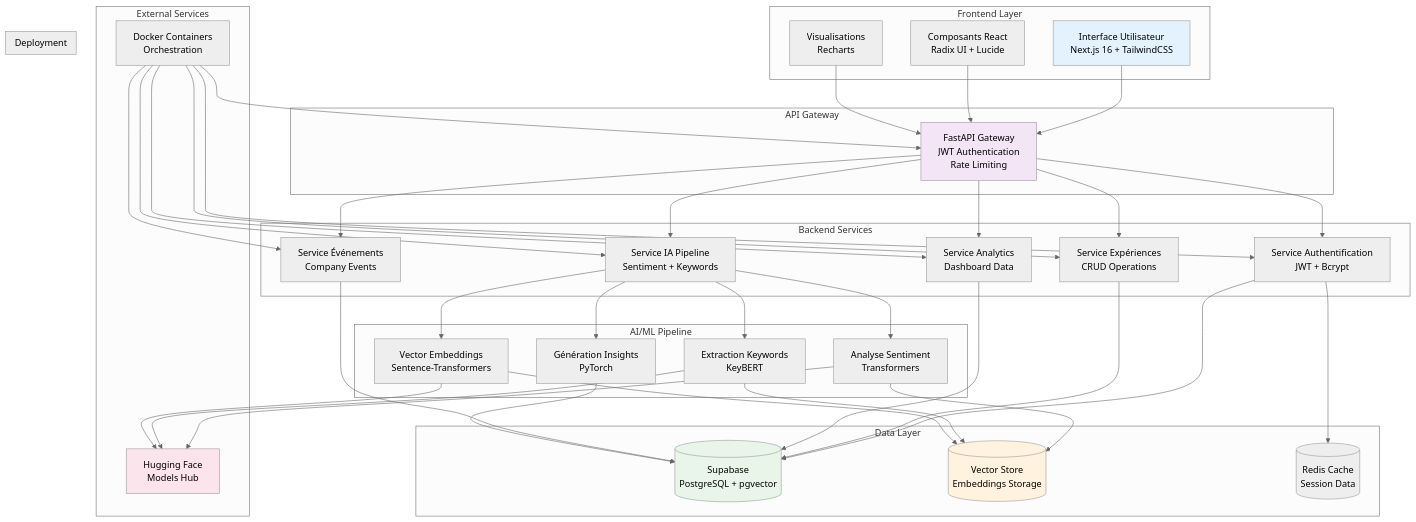
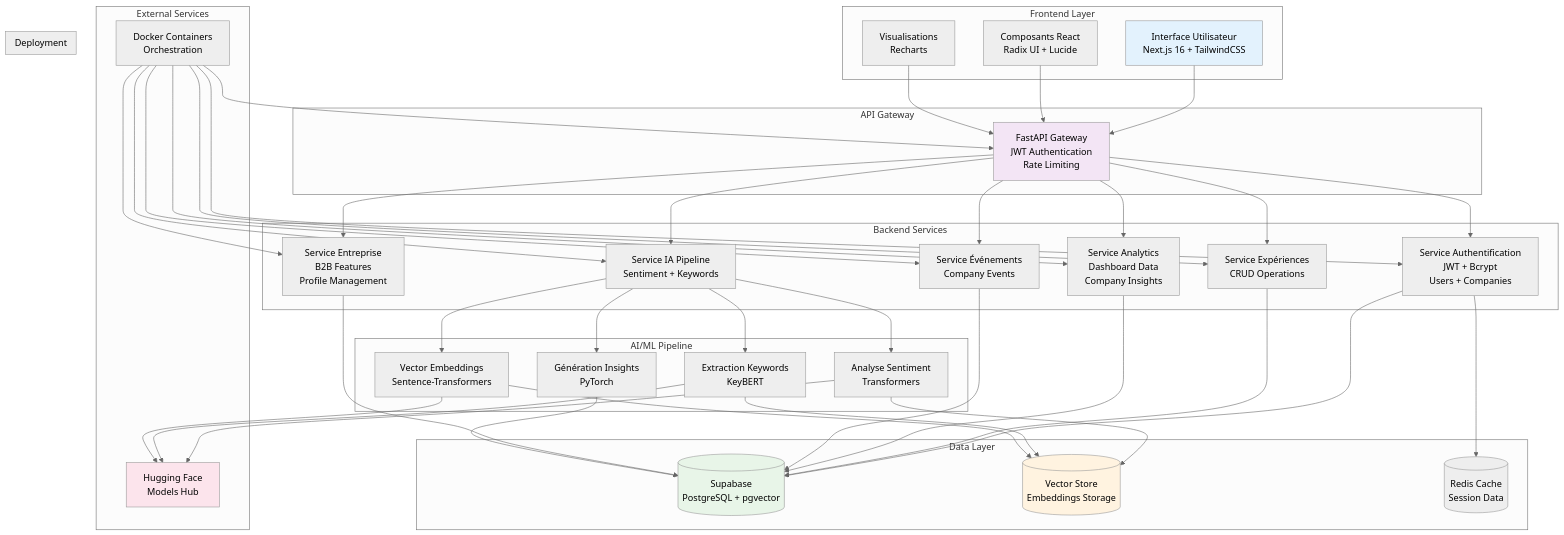
One commit to chaymaa-123/ProStory-AI changed the sixth of 7 diagrams in diagrammes.md. Above: the diagram before and after it, drawn with Mermaid (neutral theme). The commit also changed 1 other file, not shown here.

```diff
--- a/diagrammes.md
+++ b/diagrammes.md
@@ -395,11 +395,12 @@
     end
     
     subgraph "Backend Services"
-        AuthSvc[Service Authentification<br/>JWT + Bcrypt]
+        AuthSvc[Service Authentification<br/>JWT + Bcrypt<br/>Users + Companies]
         ExpSvc[Service Expériences<br/>CRUD Operations]
         IASvc[Service IA Pipeline<br/>Sentiment + Keywords]
-        AnalyticsSvc[Service Analytics<br/>Dashboard Data]
+        AnalyticsSvc[Service Analytics<br/>Dashboard Data<br/>Company Insights]
         EventSvc[Service Événements<br/>Company Events]
+        CompanySvc[Service Entreprise<br/>B2B Features<br/>Profile Management]
     end
     
     subgraph "AI/ML Pipeline"
@@ -429,6 +430,7 @@
     Gateway --> IASvc
     Gateway --> AnalyticsSvc
     Gateway --> EventSvc
+    Gateway --> CompanySvc
     
     IASvc --> Sentiment
     IASvc --> Keywords
@@ -439,6 +441,7 @@
     ExpSvc --> Supabase
     AnalyticsSvc --> Supabase
     EventSvc --> Supabase
+    CompanySvc --> Supabase
     
     Sentiment --> VectorStore
     Keywords --> VectorStore
@@ -458,6 +461,7 @@
         Docker --> IASvc
         Docker --> AnalyticsSvc
         Docker --> EventSvc
+        Docker --> CompanySvc
     end
     
     style UI fill:#e3f2fd
```
